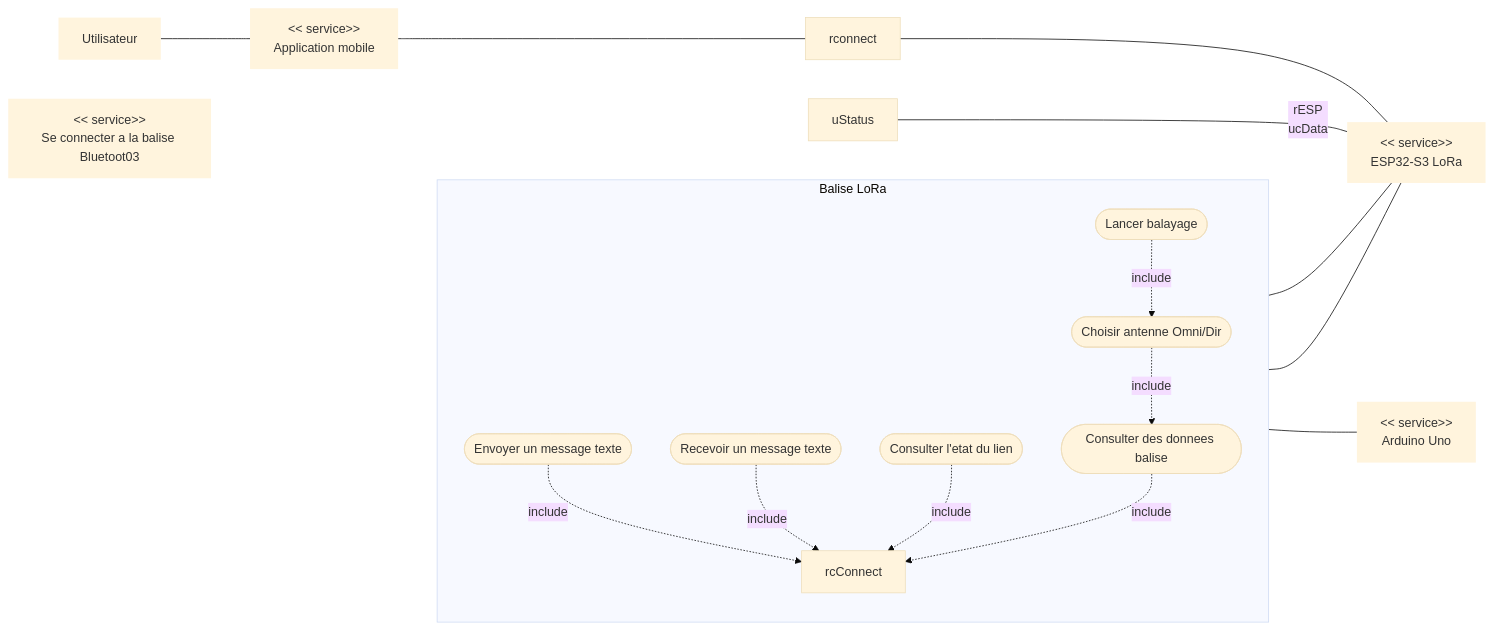
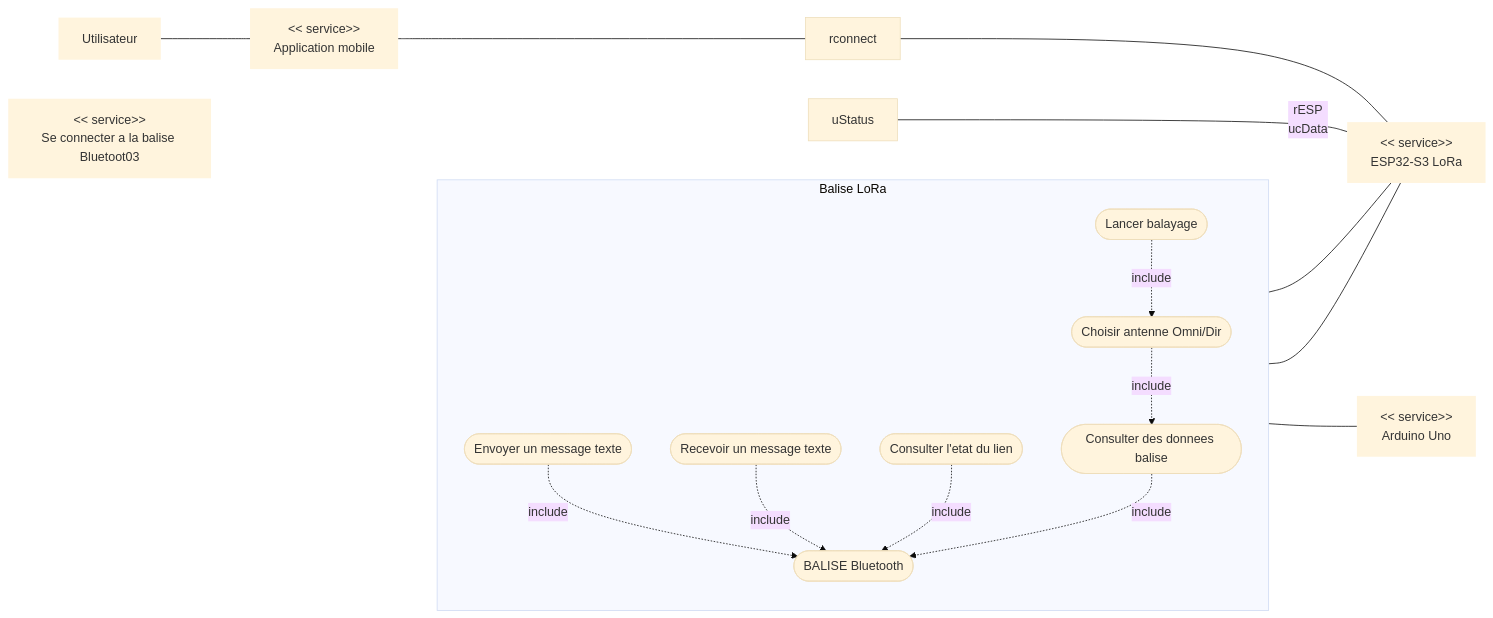
The first of 7 diagrams in Diagrammes_SysML_Projet_LoRa.md (SHU445/Projet-LoRa-72h), drawn with Mermaid (base theme) before and after one commit.

Commit message:
"CorrectUseCase2.8_BORDELSAMERE"

````diff
--- a/Diagrammes_SysML_Projet_LoRa.md
+++ b/Diagrammes_SysML_Projet_LoRa.md
@@ -12,39 +12,40 @@
 ```mermaid
 flowchart LR
   rU["Utilisateur"]:::role
   rAPP["<< service>>\nApplication mobile"]:::role
   rESP["<< service>>\nESP32-S3 LoRa"]:::role
   rARD["<< service>>\nArduino Uno"]:::role
   rConnect["<< service>>\nSe connecter a la balise Bluetoot03"]:::role
 
   subgraph S["Balise LoRa"]
     direction TB
+    uCo([BALISE Bluetooth])
     ucSend([Envoyer un message texte])
     ucReceive([Recevoir un message texte])
     ucStatus([Consulter l'etat du lien])
     ucData([Consulter des donnees balise])
     ucSelectAntenna([Choisir antenne Omni/Dir])
     ucScan([Lancer balayage])
 
-    ucSend -. include .-> rcConnect
-    ucReceive -. include .-> rcConnect
-    ucStatus -. include .-> rcConnect
-    ucData -. include .-> rcConnect
+    ucSend -. include .-> uCo
+    ucReceive -. include .-> uCo
+    ucStatus -. include .-> uCo
+    ucData -. include .-> uCo
     ucSelectAntenna -. include .-> ucData
     ucScan -. include .-> ucSelectAntenna
   end
 
   rU --- rAPP
   rAPP --- rconnect
   rconnect --- rESP
 
   ucSend --- rESP
   uStatus --rESP
   ucData --- rESP
   ucSelectAntenna --- rESP
 
 
   ucScan --- rARD
 
   classDef role stroke-width:0px;
 ```
````
